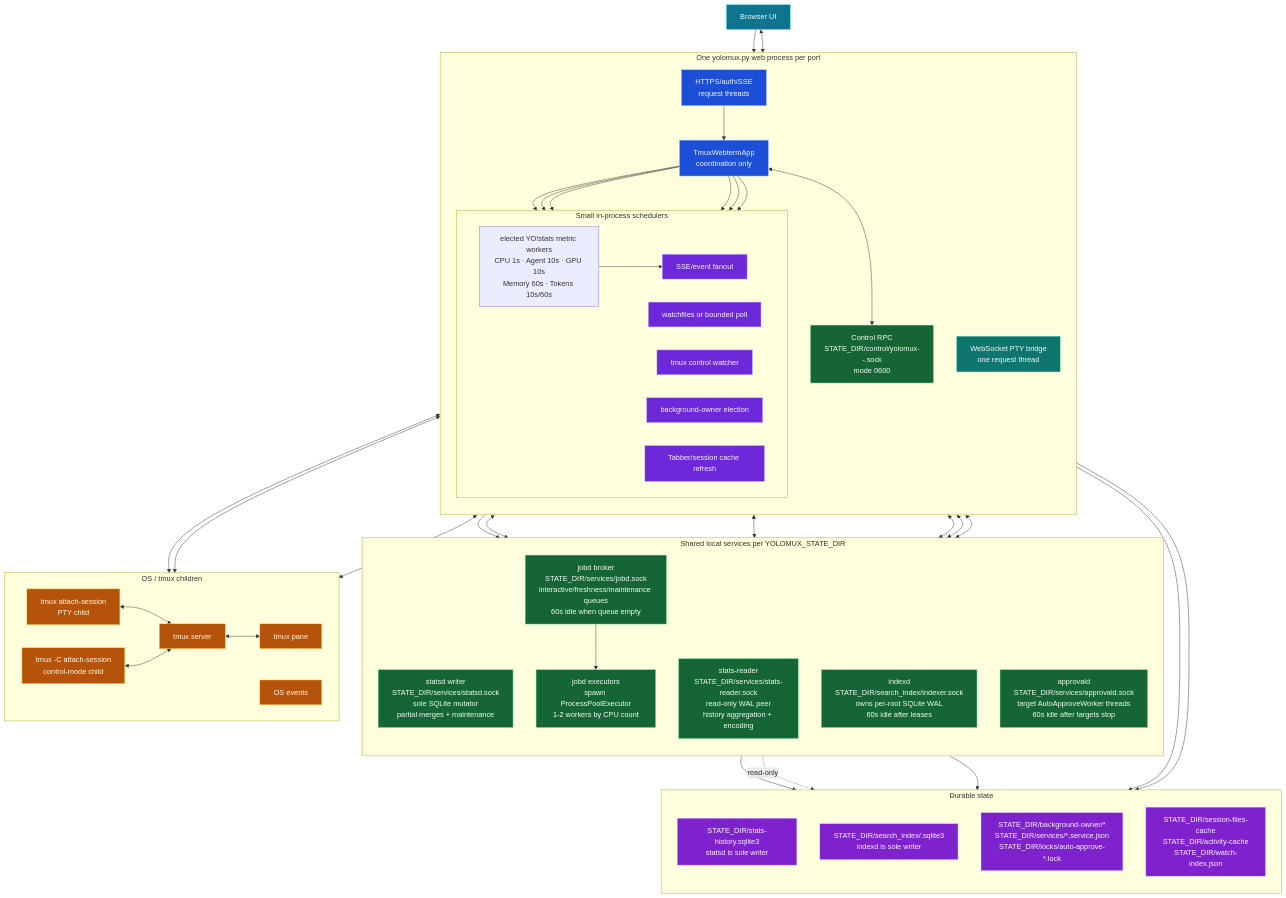
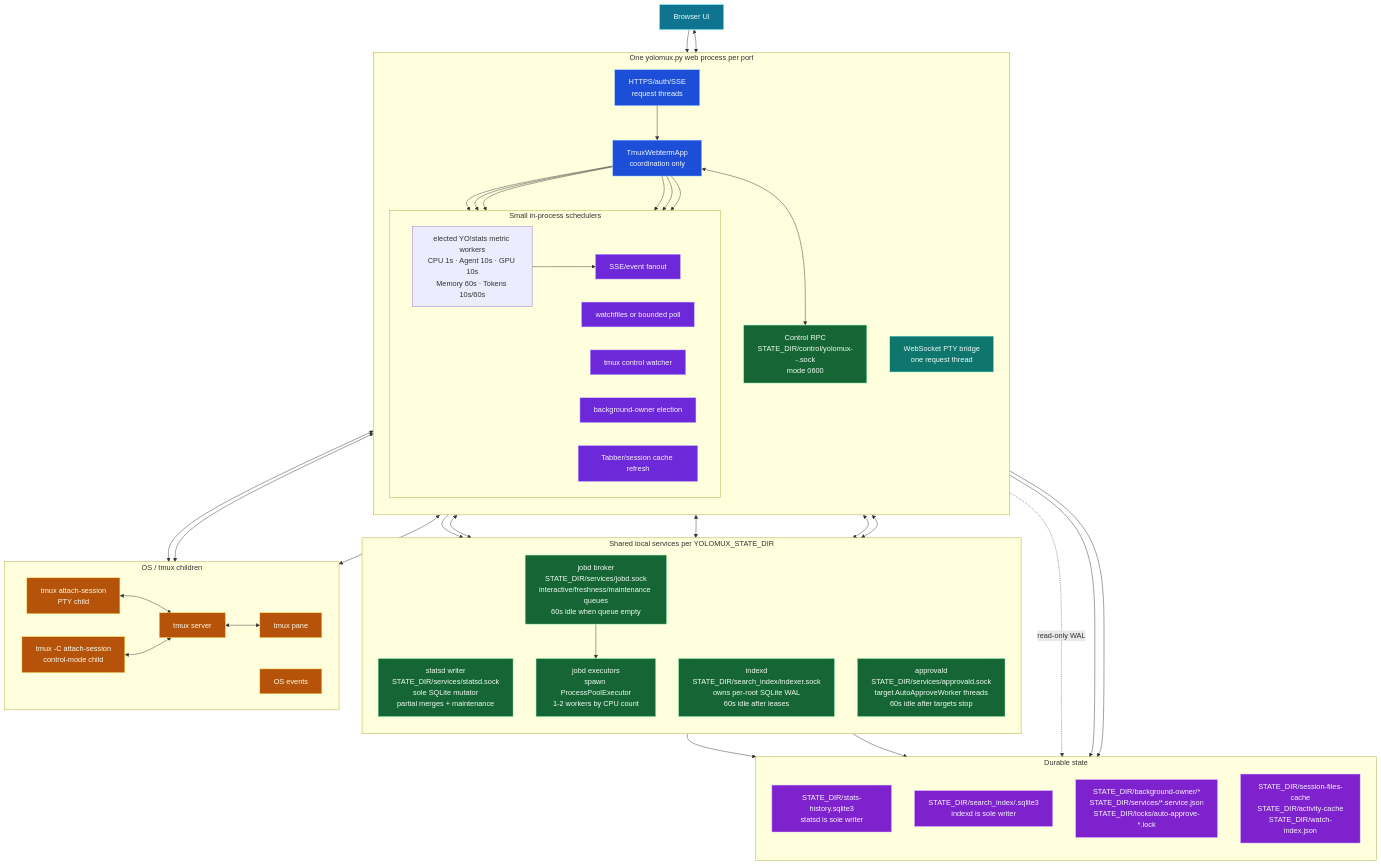
The first of 3 diagrams in README.md (keivenchang/yolomux), drawn with Mermaid before and after one commit. The commit also changed other lines of this file and 11 other files, not shown here.

````diff
--- a/README.md
+++ b/README.md
@@ -59,7 +59,6 @@
   subgraph services["Shared local services per YOLOMUX_STATE_DIR"]
     direction TB
     statsd["statsd writer\nSTATE_DIR/services/statsd.sock\nsole SQLite mutator\npartial merges + maintenance"]
-    statsreader["stats-reader\nSTATE_DIR/services/stats-reader.sock\nread-only WAL peer\nhistory aggregation + encoding"]
     indexd["indexd\nSTATE_DIR/search_index/indexer.sock\nowns per-root SQLite WAL\n60s idle after leases"]
     jobd["jobd broker\nSTATE_DIR/services/jobd.sock\ninteractive/freshness/maintenance queues\n60s idle when queue empty"]
     execs["jobd executors\nspawn ProcessPoolExecutor\n1-2 workers by CPU count"]
@@ -97,12 +96,11 @@
   app --> caches
   app <--> control
   app <--> statsd
-  app <--> statsreader
   app <--> indexd
   app <--> jobd
   app <--> approvald
   statsd --> statsdb
-  statsreader -. read-only .-> statsdb
+  app -. read-only WAL .-> statsdb
   indexd --> indexdb
   app --> locks
   app --> caches_state
@@ -125,6 +123,6 @@
   class events,native,signals,owner,caches worker
   class bridge request
   class attach,tmuxctl,tmuxd,pane,fs child
-  class control,statsd,statsreader,indexd,jobd,execs,approvald local
+  class control,statsd,indexd,jobd,execs,approvald local
   class statsdb,indexdb,locks,caches_state database
 ```
````
